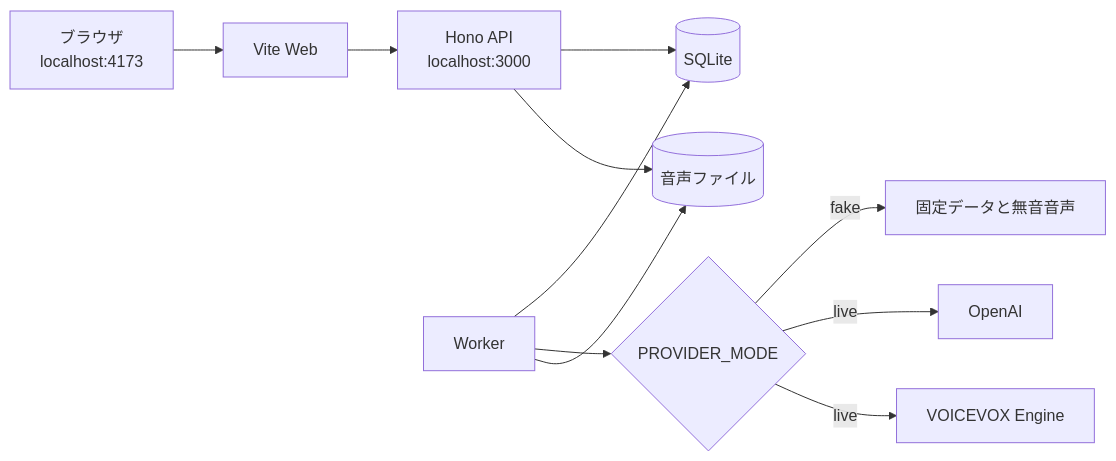
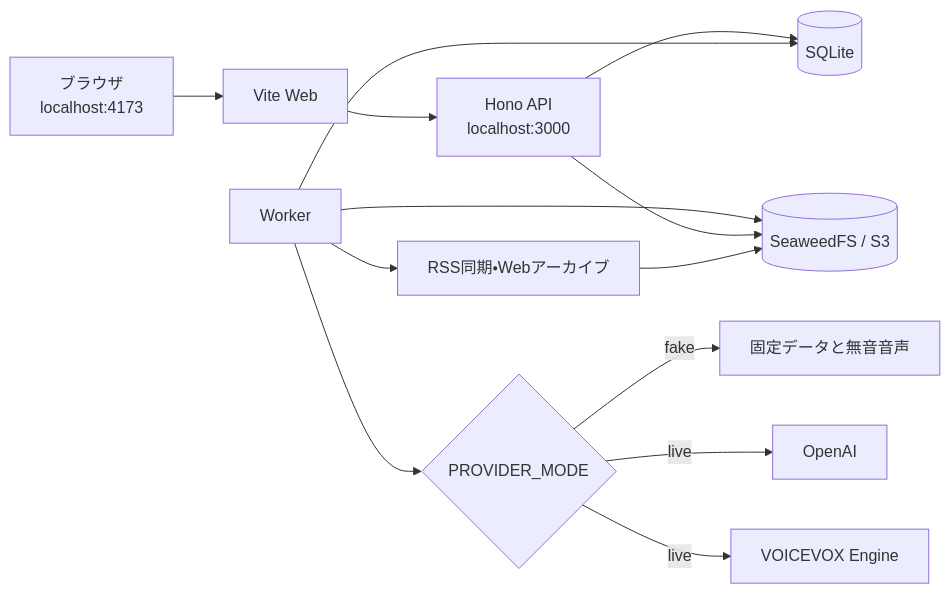
One commit to r4ai/news-podcast changed the diagram in docs/development.md. Above: the diagram before and after it, drawn with Mermaid. The commit also changed other lines of this file and 49 other files, not shown here.

````diff
--- a/docs/development.md
+++ b/docs/development.md
@@ -86,13 +88,15 @@
 ```mermaid
 flowchart LR
     Browser["ブラウザ<br/>localhost:4173"] --> Web["Vite Web"]
     Web --> API["Hono API<br/>localhost:3000"]
     API --> DB[("SQLite")]
     Worker["Worker"] --> DB
     Worker --> Provider{"PROVIDER_MODE"}
     Provider -->|fake| Fake["固定データと無音音声"]
     Provider -->|live| OpenAI["OpenAI"]
     Provider -->|live| Voicevox["VOICEVOX Engine"]
-    Worker --> Audio[("音声ファイル")]
-    API --> Audio
+    Worker --> Objects[("SeaweedFS / S3")]
+    API --> Objects
+    Worker --> Archive["RSS同期・Webアーカイブ"]
+    Archive --> Objects
 ```
````
